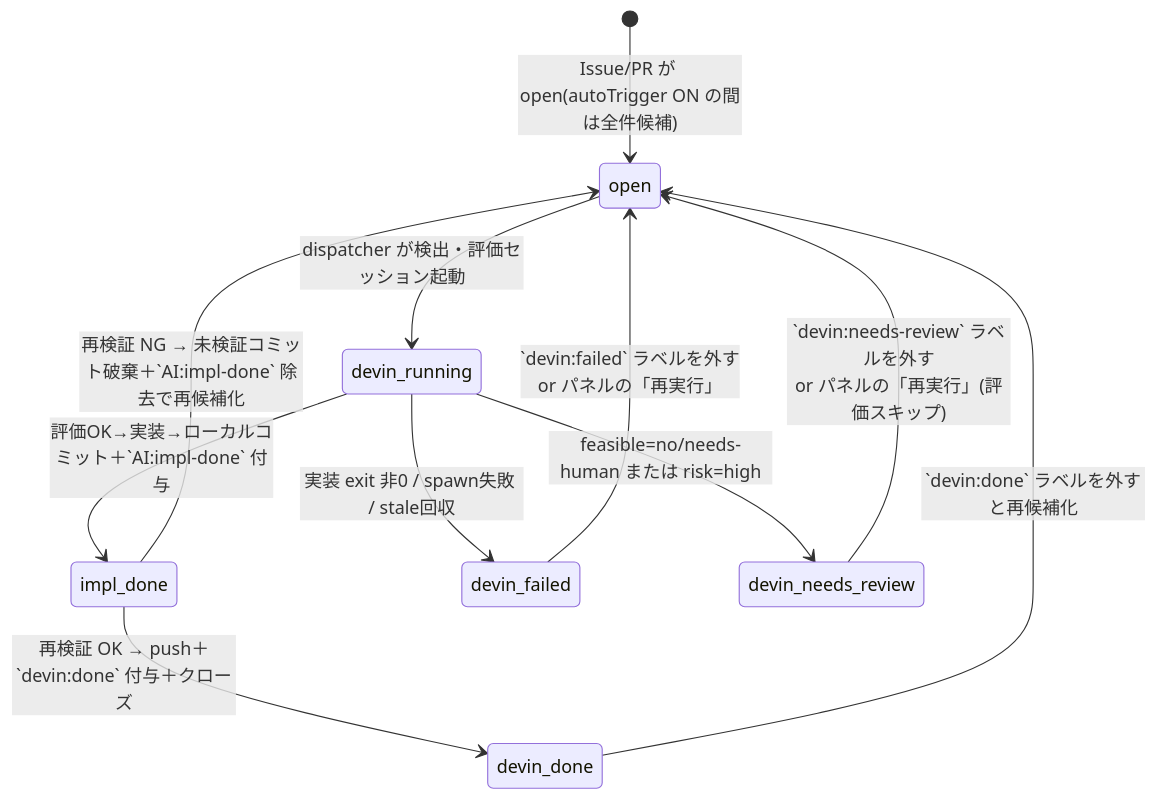
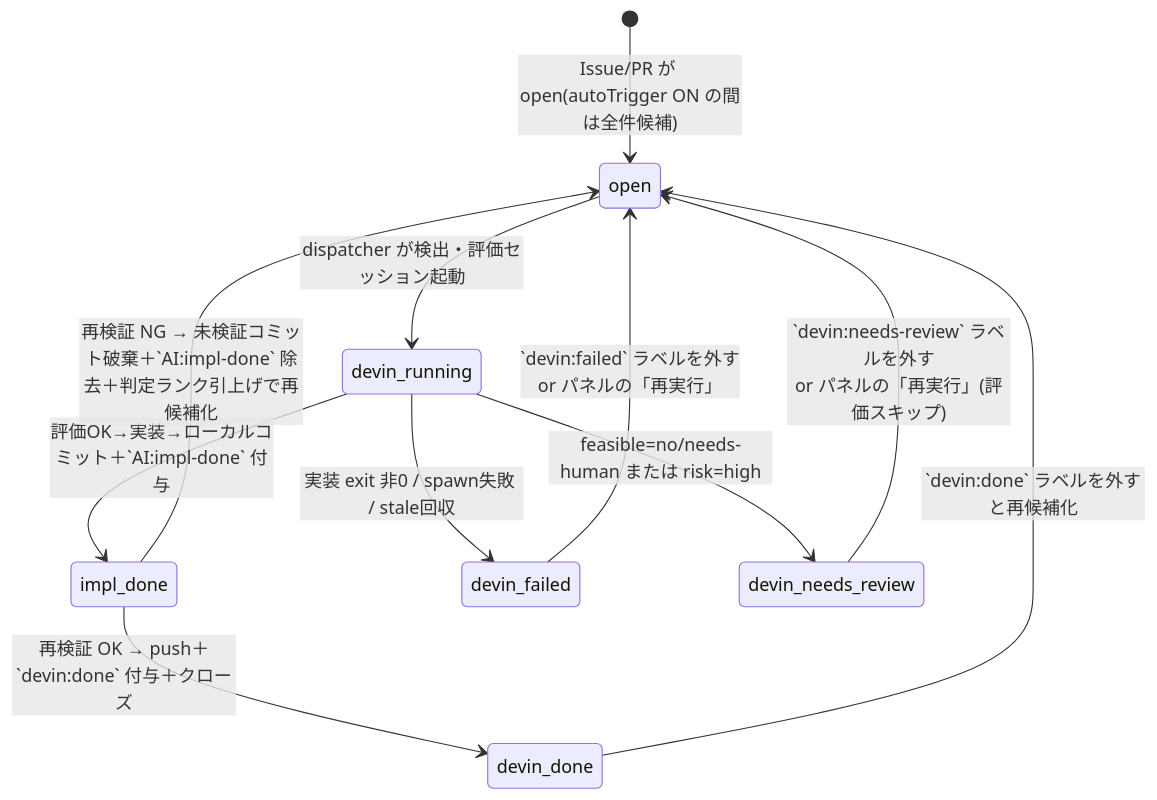
The second of 2 diagrams in README.md (yamamoto-ryuzo/devin-issue-dispatcher), drawn with Mermaid before and after one commit. The commit also changed other lines of this file and 3 other files, not shown here.

````diff
--- a/README.md
+++ b/README.md
@@ -64,13 +64,13 @@
 ```mermaid
 stateDiagram-v2
     [*] --> open: Issue/PR が open(autoTrigger ON の間は全件候補)
     open --> devin_running: dispatcher が検出・評価セッション起動
     devin_running --> impl_done: 評価OK→実装→ローカルコミット＋`AI:impl-done` 付与
     impl_done --> devin_done: 再検証 OK → push＋`devin:done` 付与＋クローズ
-    impl_done --> open: 再検証 NG → 未検証コミット破棄＋`AI:impl-done` 除去で再候補化
+    impl_done --> open: 再検証 NG → 未検証コミット破棄＋`AI:impl-done` 除去＋判定ランク引上げで再候補化
     devin_running --> devin_failed: 実装 exit 非0 / spawn失敗 / stale回収
     devin_running --> devin_needs_review: feasible=no/needs-human または risk=high
     devin_failed --> open: `devin:failed` ラベルを外す<br/>or パネルの「再実行」
     devin_needs_review --> open: `devin:needs-review` ラベルを外す<br/>or パネルの「再実行」(評価スキップ)
     devin_done --> open: `devin:done` ラベルを外すと再候補化
 ```
````
